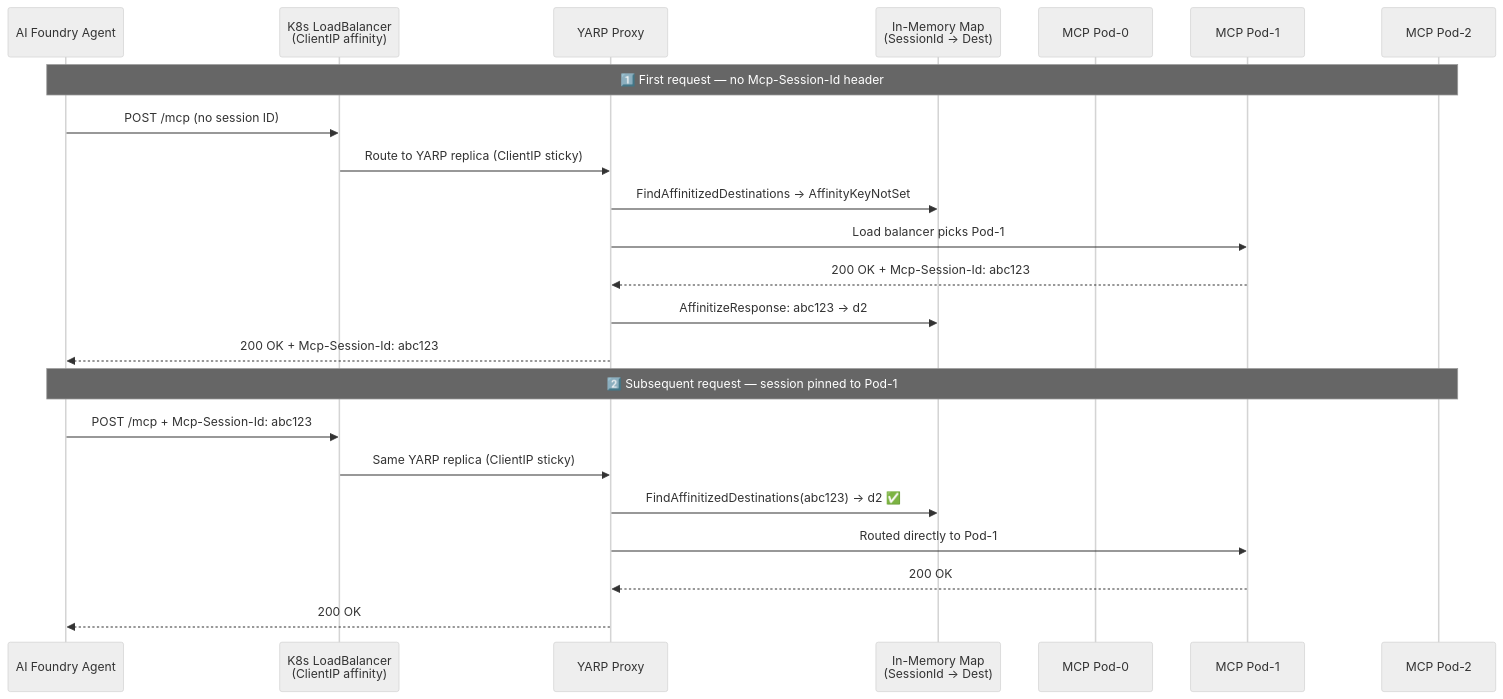
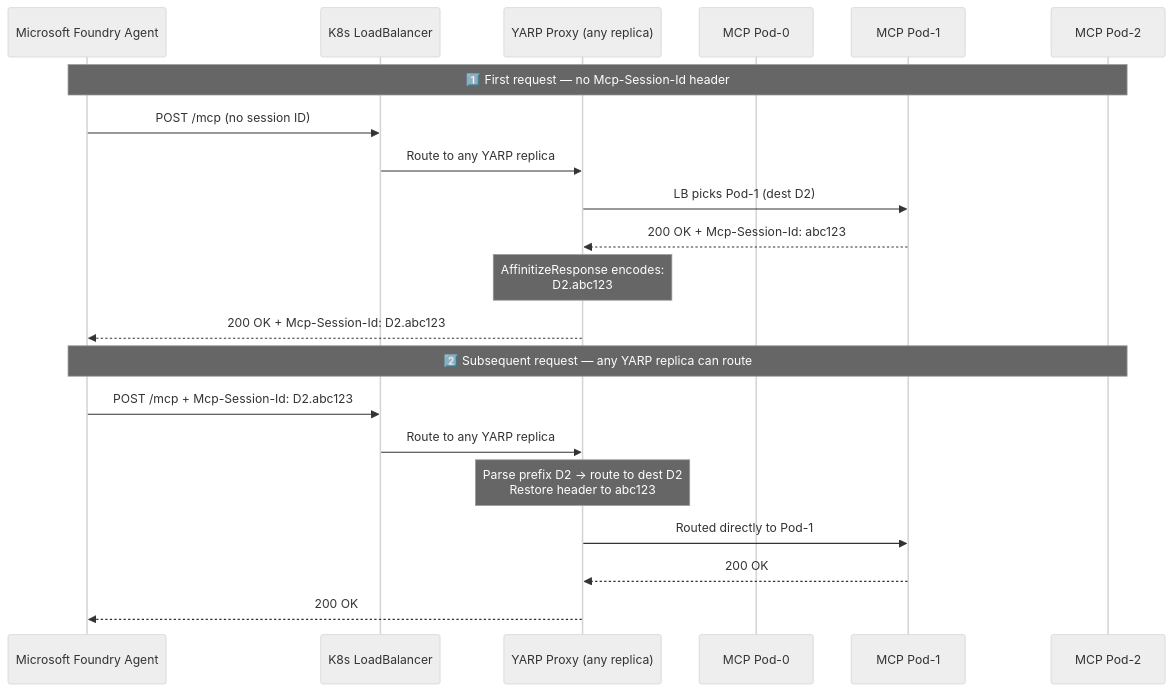
One commit to jonathanscholtes/mcp-yarp-gateway changed the second of 2 diagrams in README.md. Above: the diagram before and after it, drawn with Mermaid (neutral theme). The commit also changed other lines of this file and 29 other files, not shown here.

Commit message:
YARP custom McpSessionId

````diff
--- a/README.md
+++ b/README.md
@@ -57,27 +57,25 @@
 ```mermaid
 sequenceDiagram
-    participant Agent as AI Foundry Agent
-    participant LB as K8s LoadBalancer<br/>(ClientIP affinity)
-    participant YARP as YARP Proxy
-    participant Map as In-Memory Map<br/>(SessionId → Dest)
+    participant Agent as Microsoft Foundry Agent
+    participant LB as K8s LoadBalancer
+    participant YARP as YARP Proxy (any replica)
     participant Pod0 as MCP Pod-0
     participant Pod1 as MCP Pod-1
     participant Pod2 as MCP Pod-2
 
     Note over Agent,Pod2: 1️⃣ First request — no Mcp-Session-Id header
     Agent->>LB: POST /mcp (no session ID)
-    LB->>YARP: Route to YARP replica (ClientIP sticky)
-    YARP->>Map: FindAffinitizedDestinations → AffinityKeyNotSet
-    YARP->>Pod1: Load balancer picks Pod-1
+    LB->>YARP: Route to any YARP replica
+    YARP->>Pod1: LB picks Pod-1 (dest D2)
     Pod1-->>YARP: 200 OK + Mcp-Session-Id: abc123
-    YARP->>Map: AffinitizeResponse: abc123 → d2
-    YARP-->>Agent: 200 OK + Mcp-Session-Id: abc123
+    Note over YARP: AffinitizeResponse encodes:<br/>D2.abc123
+    YARP-->>Agent: 200 OK + Mcp-Session-Id: D2.abc123
 
-    Note over Agent,Pod2: 2️⃣ Subsequent request — session pinned to Pod-1
-    Agent->>LB: POST /mcp + Mcp-Session-Id: abc123
-    LB->>YARP: Same YARP replica (ClientIP sticky)
-    YARP->>Map: FindAffinitizedDestinations(abc123) → d2 ✅
+    Note over Agent,Pod2: 2️⃣ Subsequent request — any YARP replica can route
+    Agent->>LB: POST /mcp + Mcp-Session-Id: D2.abc123
+    LB->>YARP: Route to any YARP replica
+    Note over YARP: Parse prefix D2 → route to dest D2<br/>Restore header to abc123
     YARP->>Pod1: Routed directly to Pod-1
     Pod1-->>YARP: 200 OK
     YARP-->>Agent: 200 OK
 ```
````
